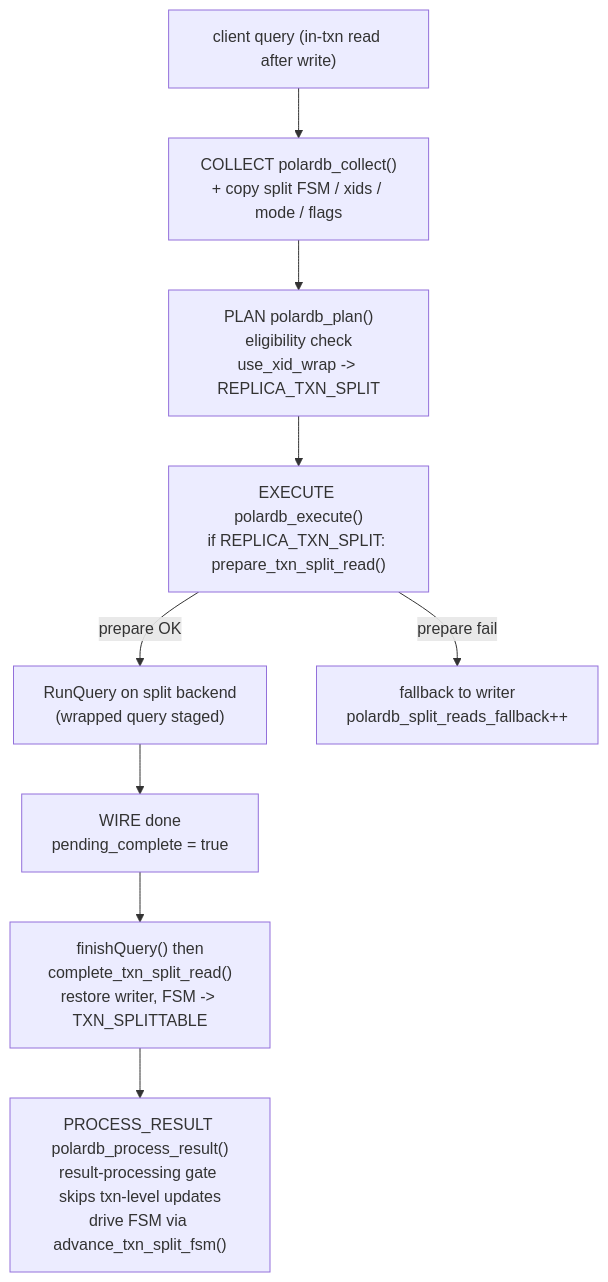
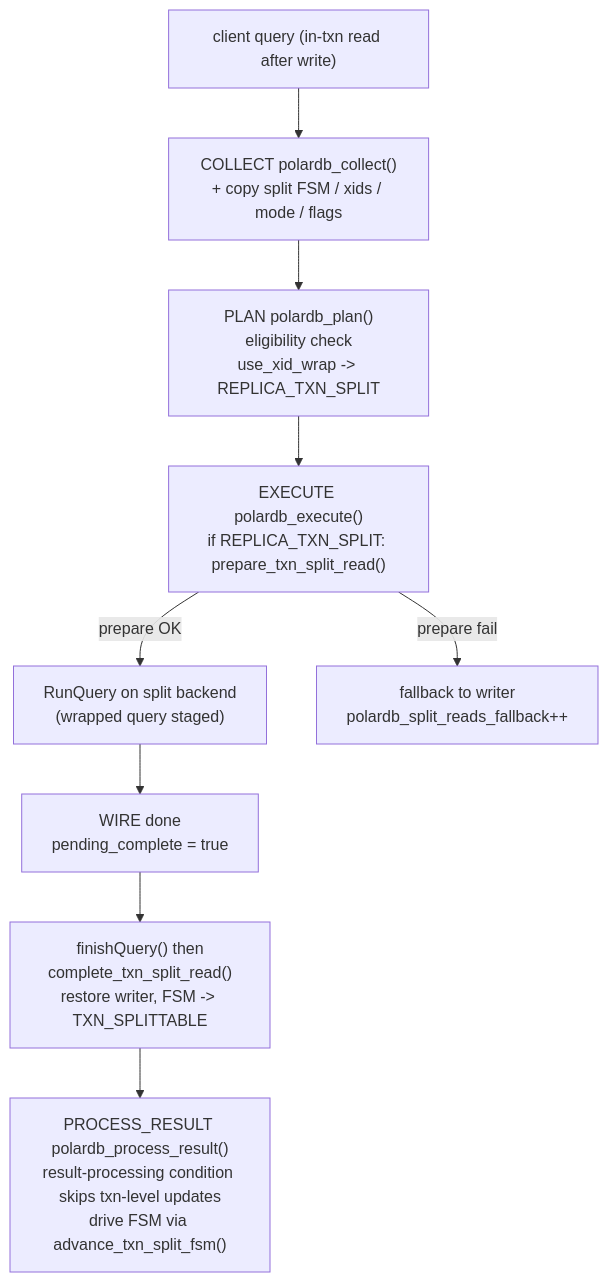
One commit to awide-labs/polar-proxy changed the second of 4 diagrams in doc/polardb-arch/19-FUTURE-TXN-SPLIT-DESIGN.md. Above: the diagram before and after it, drawn with Mermaid. The commit also changed other lines of this file and 21 other files, not shown here.

````diff
--- a/doc/polardb-arch/19-FUTURE-TXN-SPLIT-DESIGN.md
+++ b/doc/polardb-arch/19-FUTURE-TXN-SPLIT-DESIGN.md
@@ -448,11 +446,11 @@
 ```mermaid
 flowchart TD
     Q["client query (in-txn read after write)"] --> C["COLLECT polardb_collect()\n+ copy split FSM / xids / mode / flags"]
     C --> P["PLAN polardb_plan()\neligibility check\nuse_xid_wrap -> REPLICA_TXN_SPLIT"]
     P --> E["EXECUTE polardb_execute()\nif REPLICA_TXN_SPLIT: prepare_txn_split_read()"]
     E -->|prepare OK| R["RunQuery on split backend\n(wrapped query staged)"]
     E -->|prepare fail| W["fallback to writer\npolardb_split_reads_fallback++"]
     R --> WD["WIRE done\npending_complete = true"]
     WD --> CP["finishQuery() then\ncomplete_txn_split_read()\nrestore writer, FSM -> TXN_SPLITTABLE"]
-    CP --> PUB["PROCESS_RESULT polardb_process_result()\nresult-processing gate skips txn-level updates\ndrive FSM via advance_txn_split_fsm()"]
+    CP --> PUB["PROCESS_RESULT polardb_process_result()\nresult-processing condition skips txn-level updates\ndrive FSM via advance_txn_split_fsm()"]
 ```
````
